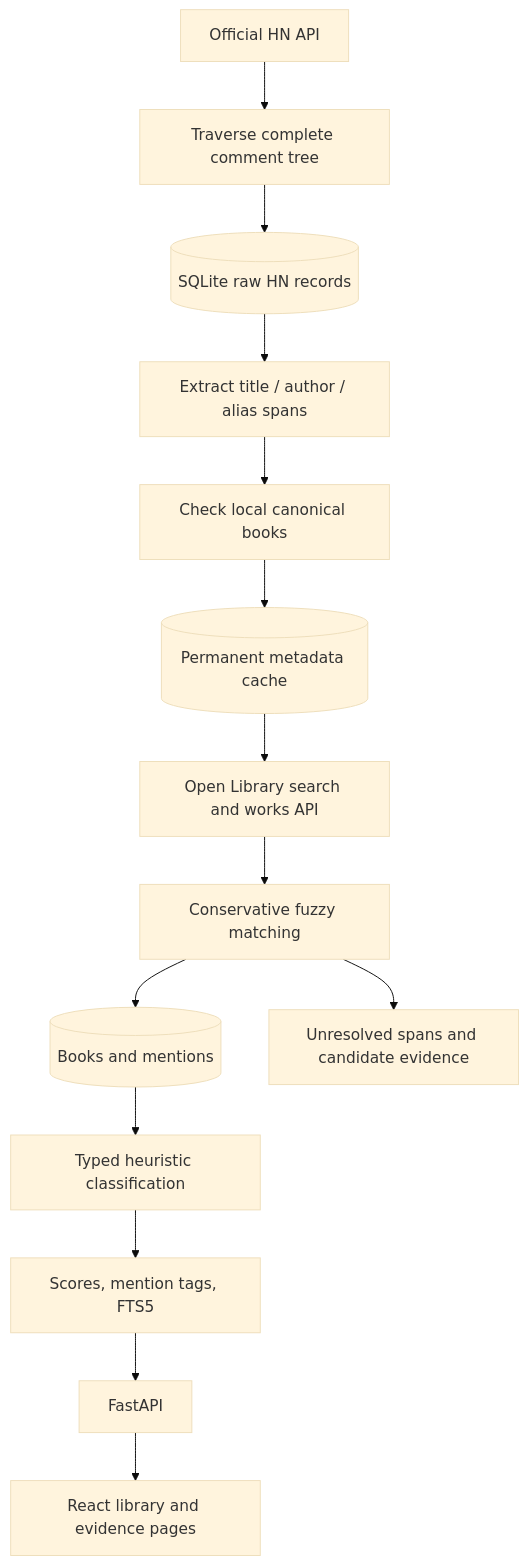
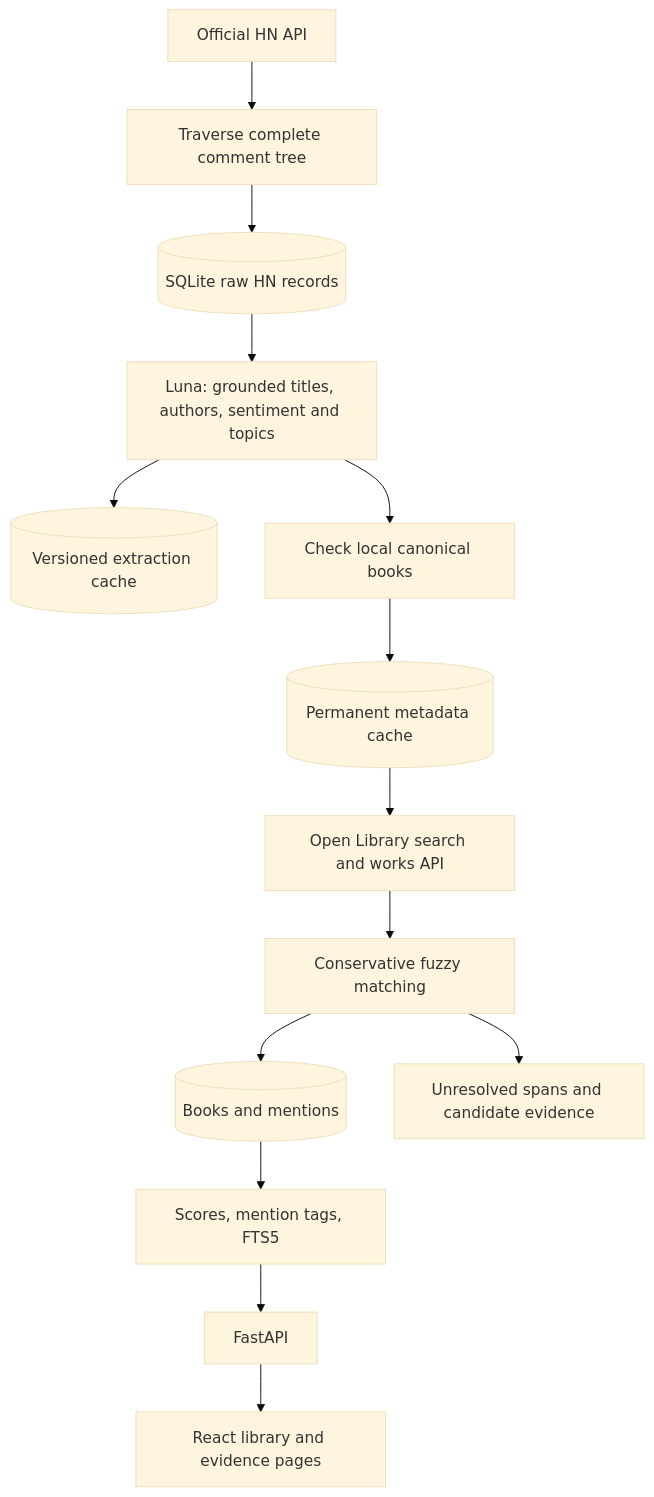
Before and after one commit to diegoglozano/hn-books: the diagram in docs/architecture.md, drawn with Mermaid (base theme). The commit also changed other lines of this file and 18 other files, not shown here.

Commit message:
Extract HN books with Luna and safely rebuild a single thread (#6)

````diff
--- a/docs/architecture.md
+++ b/docs/architecture.md
@@ -5,16 +5,16 @@
 ```mermaid
 flowchart TD
   HN[Official HN API] --> Fetch[Traverse complete comment tree]
   Fetch --> Raw[(SQLite raw HN records)]
-  Raw --> Extract[Extract title / author / alias spans]
+  Raw --> Extract[Luna: grounded titles, authors, sentiment and topics]
+  Extract --> LLMCache[(Versioned extraction cache)]
   Extract --> Local[Check local canonical books]
   Local --> Cache[(Permanent metadata cache)]
   Cache --> OL[Open Library search and works API]
   OL --> Match[Conservative fuzzy matching]
   Match --> Books[(Books and mentions)]
   Match --> Unresolved[Unresolved spans and candidate evidence]
-  Books --> Classify[Typed heuristic classification]
-  Classify --> Aggregate[Scores, mention tags, FTS5]
+  Books --> Aggregate[Scores, mention tags, FTS5]
   Aggregate --> API[FastAPI]
   API --> UI[React library and evidence pages]
 ```
````
